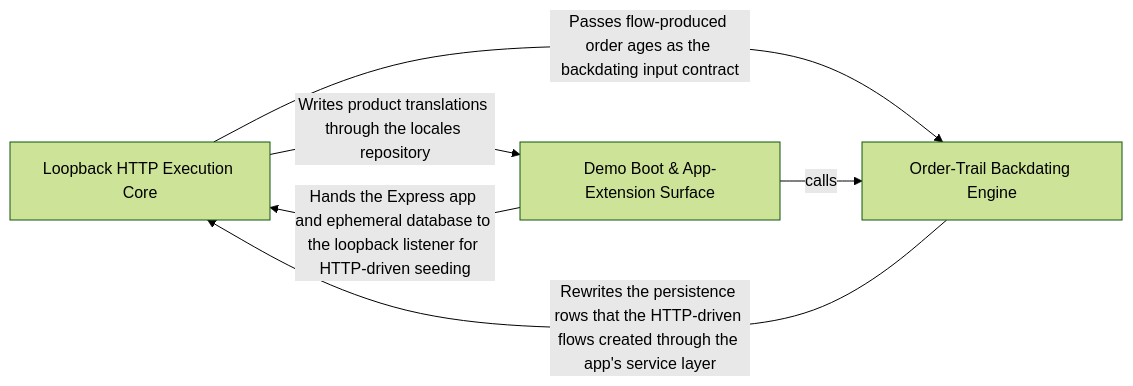
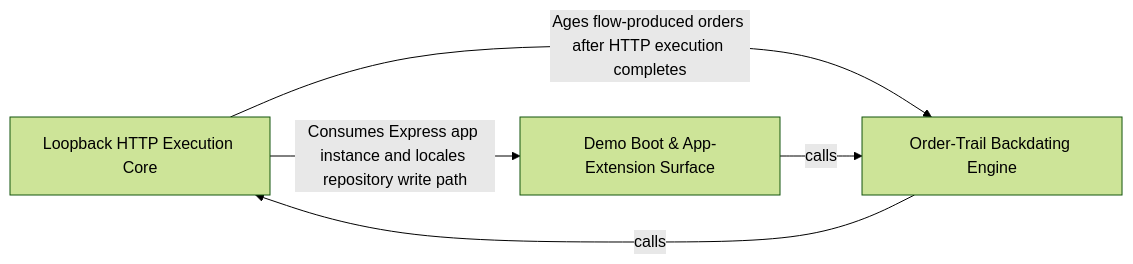
One commit to Guebbit/boilerplate-node-backend changed the diagram in .2brain/arch/Loopback_Flow_Execution_Engine.md. Above: the diagram before and after it, drawn with Mermaid (forest theme). The commit also changed other lines of this file and 627 other files, not shown here.

````diff
--- a/.2brain/arch/Loopback_Flow_Execution_Engine.md
+++ b/.2brain/arch/Loopback_Flow_Execution_Engine.md
@@ -10,11 +10,10 @@
 ```mermaid
 graph LR
     Loopback_HTTP_Execution_Core["Loopback HTTP Execution Core"]
     Order_Trail_Backdating_Engine["Order-Trail Backdating Engine"]
     Demo_Boot_App_Extension_Surface["Demo Boot & App-Extension Surface"]
-    Loopback_HTTP_Execution_Core -- "Passes flow-produced order ages as the backdating input contract" --> Order_Trail_Backdating_Engine
-    Loopback_HTTP_Execution_Core -- "Writes product translations through the locales repository" --> Demo_Boot_App_Extension_Surface
-    Order_Trail_Backdating_Engine -- "Rewrites the persistence rows that the HTTP-driven flows created through the app's service layer" --> Loopback_HTTP_Execution_Core
-    Demo_Boot_App_Extension_Surface -- "Hands the Express app and ephemeral database to the loopback listener for HTTP-driven seeding" --> Loopback_HTTP_Execution_Core
+    Loopback_HTTP_Execution_Core -- "Ages flow-produced orders after HTTP execution completes" --> Order_Trail_Backdating_Engine
+    Loopback_HTTP_Execution_Core -- "Consumes Express app instance and locales repository write path" --> Demo_Boot_App_Extension_Surface
+    Order_Trail_Backdating_Engine -- "calls" --> Loopback_HTTP_Execution_Core
     Demo_Boot_App_Extension_Surface -- "calls" --> Order_Trail_Backdating_Engine
 ```
````
